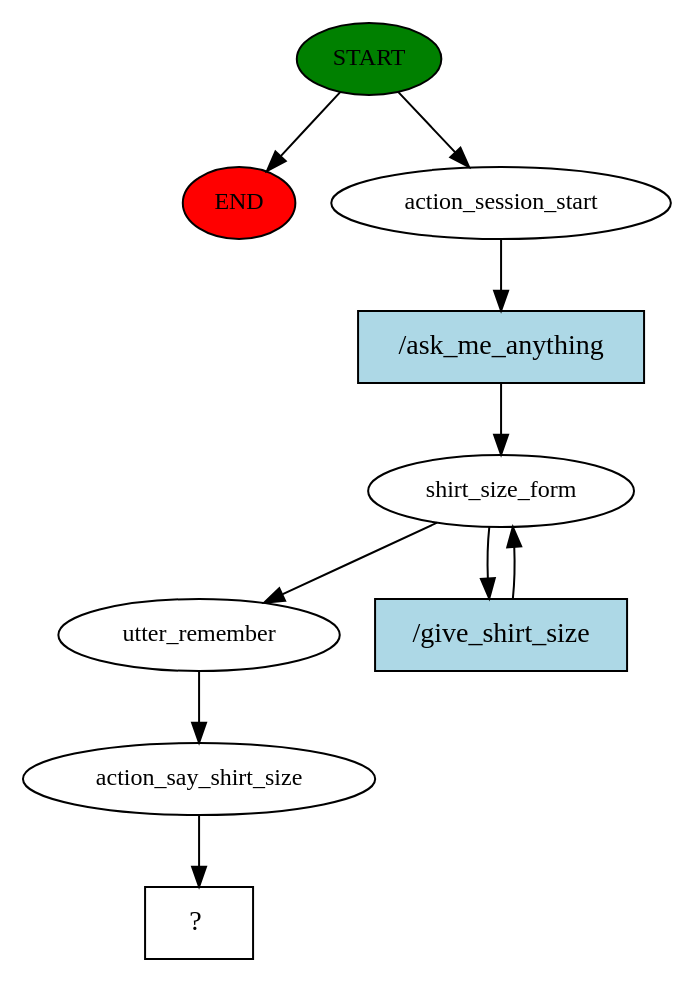
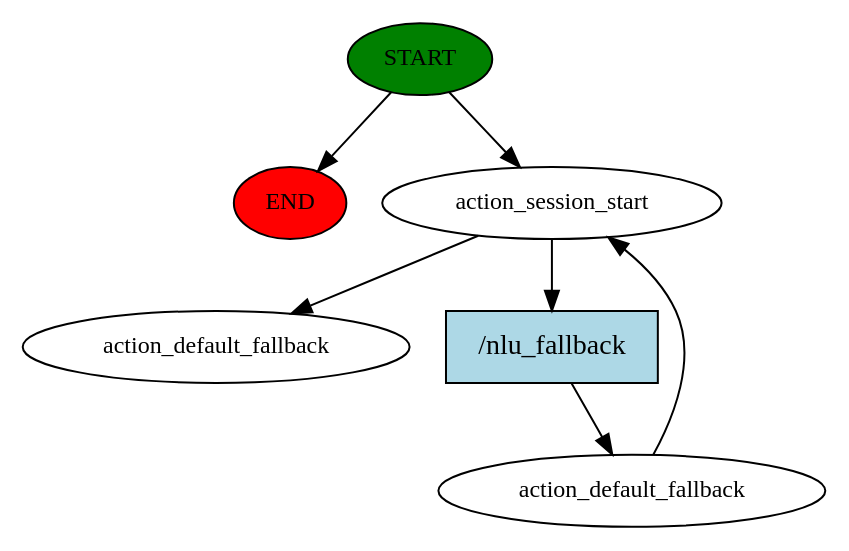
One commit to Gigit-AI-Corporation/rasa changed the diagram in story_graph.dot. Above: the diagram before and after it, drawn with Graphviz. The commit also changed 4 other files, not shown here.

```diff
--- a/story_graph.dot
+++ b/story_graph.dot
@@ -1,20 +1,14 @@
 digraph  {
 0 [class="start active", fillcolor=green, fontsize=12, label=START, style=filled];
 "-1" [class=end, fillcolor=red, fontsize=12, label=END, style=filled];
 1 [class=active, fontsize=12, label=action_session_start];
-2 [class=active, fontsize=12, label=shirt_size_form];
-4 [class=active, fontsize=12, label=utter_remember];
-5 [class=active, fontsize=12, label=action_say_shirt_size];
-6 [class="intent dashed active", label="  ?  ", shape=rect];
-7 [class="intent active", fillcolor=lightblue, label="/ask_me_anything", shape=rect, style=filled];
-8 [class="intent active", fillcolor=lightblue, label="/give_shirt_size", shape=rect, style=filled];
+2 [class=active, fontsize=12, label=action_default_fallback];
+4 [class="dashed active", fontsize=12, label=action_default_fallback];
+5 [class="intent active", fillcolor=lightblue, label="/nlu_fallback", shape=rect, style=filled];
 0 -> "-1"  [class="", key=NONE, label=""];
 0 -> 1  [class=active, key=NONE, label=""];
-1 -> 7  [class=active, key=0];
-2 -> 4  [class=active, key=NONE, label=""];
-2 -> 8  [class=active, key=0];
-4 -> 5  [class=active, key=NONE, label=""];
-5 -> 6  [class=active, key=NONE, label=""];
-7 -> 2  [class=active, key=0];
-8 -> 2  [class=active, key=0];
+1 -> 4  [class=active, key=NONE, label=""];
+1 -> 5  [class=active, key=0];
+2 -> 1  [class=active, key=NONE, label=""];
+5 -> 2  [class=active, key=0];
 }
```
